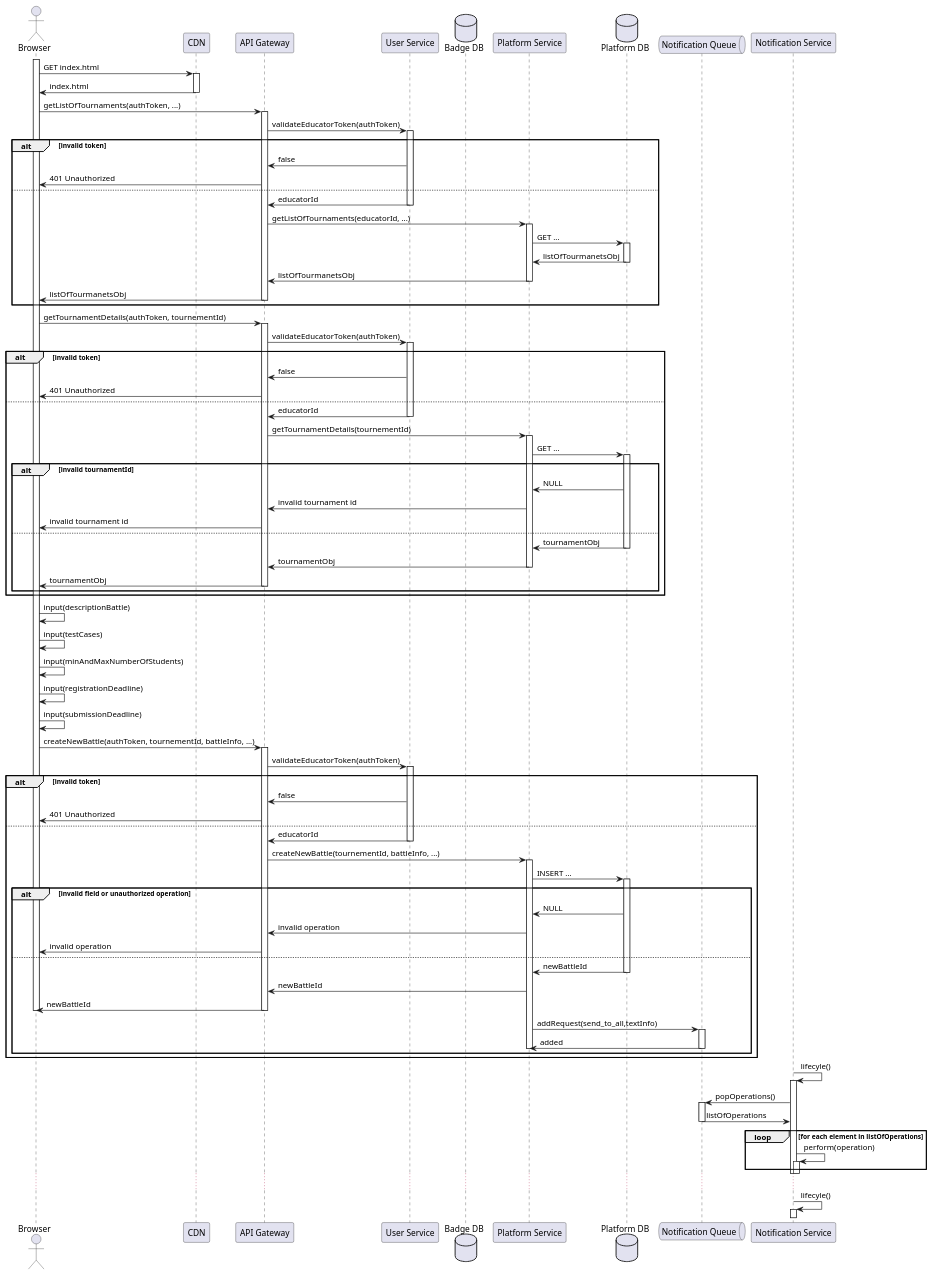
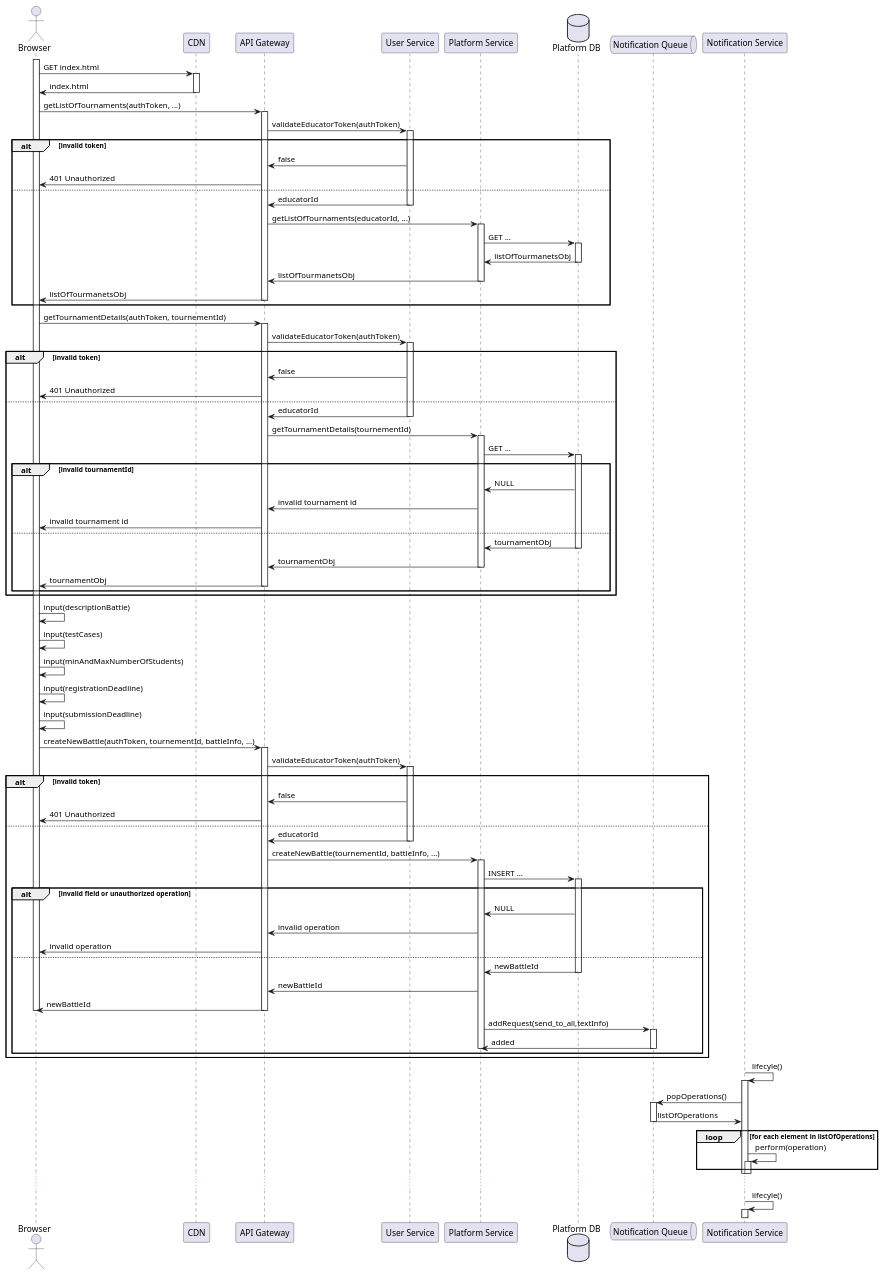
One commit to Furrrlo/CodeKataBattle changed the diagram in dd/puml/rw3.puml. Above: the diagram before and after it, drawn with PlantUML.

Commit message:
Remove unused participant in rw3

```diff
--- a/dd/puml/rw3.puml
+++ b/dd/puml/rw3.puml
@@ -1,112 +1,111 @@
 @startuml RW3 - Educator creates a new Battle for an Existing Tournament
 
 actor Browser
 participant CDN
 participant "API Gateway" as gateway
 participant "User Service" as auth
 
-database "Badge DB" as badgesDb
 participant "Platform Service" as platform
 database "Platform DB" as platformDb
 
 queue  "Notification Queue" as notificationQueue
 participant "Notification Service" as notification
 
 activate Browser
 Browser -> CDN ++ : GET index.html
 Browser <- CDN -- : index.html
 
 
 Browser -> gateway ++ : getListOfTournaments(authToken, ...)
 gateway -> auth ++ : validateEducatorToken(authToken)
 alt invalid token
     gateway <- auth : false
     Browser <- gateway : 401 Unauthorized
 else
     gateway <- auth -- : educatorId
     gateway -> platform ++ : getListOfTournaments(educatorId, ...)
     platform -> platformDb ++ : GET ...
     platform <- platformDb -- : listOfTourmanetsObj
     gateway <- platform -- : listOfTourmanetsObj
     Browser <- gateway -- : listOfTourmanetsObj
 end
 
 
 
 
 Browser -> gateway ++ : getTournamentDetails(authToken, tournementId)
 gateway -> auth ++ : validateEducatorToken(authToken)
 alt invalid token
     gateway <- auth : false
     Browser <- gateway : 401 Unauthorized
 else
     gateway <- auth -- : educatorId
     gateway -> platform ++ : getTournamentDetails(tournementId)
 
     platform -> platformDb ++ : GET ...
 
     alt invalid tournamentId
         platform <- platformDb : NULL
         gateway <- platform : invalid tournament id
         Browser <- gateway : invalid tournament id
     else
         platform <- platformDb -- : tournamentObj
         gateway <- platform -- : tournamentObj
         Browser <- gateway -- : tournamentObj
     end
 end
 
 
 Browser -> Browser : input(descriptionBattle)
 Browser -> Browser : input(testCases)
 Browser -> Browser : input(minAndMaxNumberOfStudents)
 Browser -> Browser : input(registrationDeadline)
 Browser -> Browser : input(submissionDeadline)
 
 Browser -> gateway ++ : createNewBattle(authToken, tournementId, battleInfo, ...)
 
 gateway -> auth ++ : validateEducatorToken(authToken)
 alt invalid token
     gateway <- auth : false
     Browser <- gateway : 401 Unauthorized
 else
     gateway <- auth -- : educatorId
     gateway -> platform ++ : createNewBattle(tournementId, battleInfo, ...)
 
     platform -> platformDb ++ : INSERT ...
 
     alt invalid field or unauthorized operation
         platform <- platformDb : NULL
         gateway <- platform : invalid operation
         Browser <- gateway : invalid operation
     else
         platform <- platformDb -- : newBattleId
         gateway <- platform  : newBattleId
         Browser <- gateway -- : newBattleId
         deactivate Browser
 
         platform -> notificationQueue ++ : addRequest(send_to_all,textInfo)
         
         platform <- notificationQueue --: added
         deactivate platform
     end
     
 
 end
 
 notification -> notification ++ : lifecyle()
 notification -> notificationQueue ++: popOperations()
 notification <- notificationQueue --:listOfOperations
 
 
 loop for each element in listOfOperations
     notification -> notification ++: perform(operation)
 end
 deactivate notification
 deactivate notification
 ...
 notification -> notification ++ : lifecyle()
 
 
 
 @enduml
```
